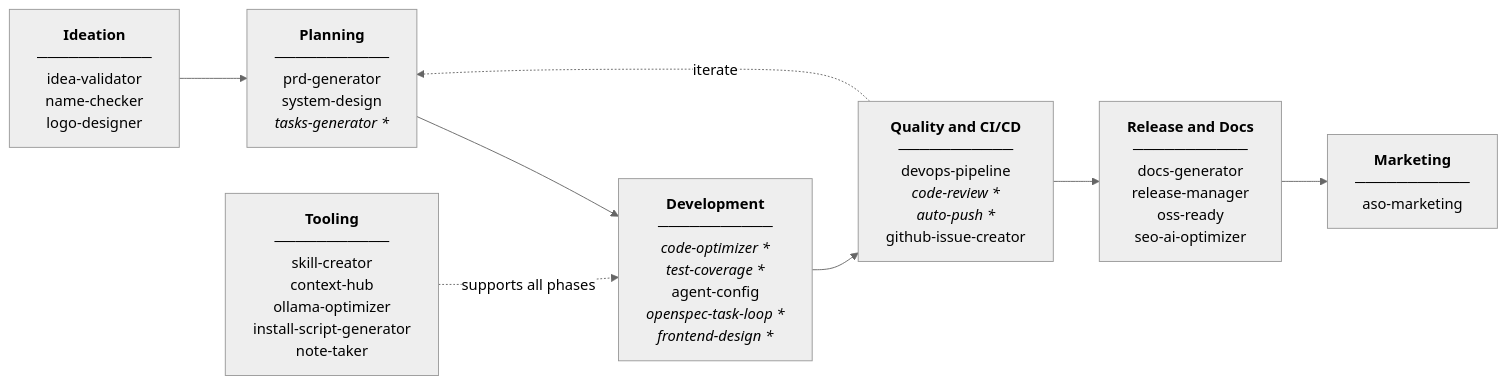
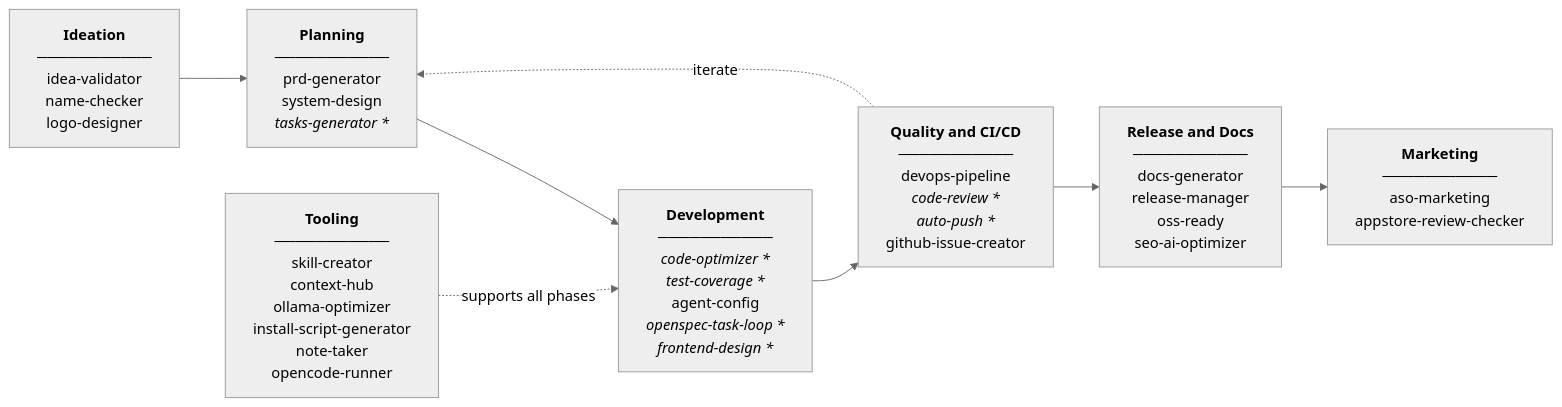
One commit to luongnv89/skills changed the diagram in README.md. Above: the diagram before and after it, drawn with Mermaid (neutral theme). The commit also changed other lines of this file and 1 other file, not shown here.

````diff
--- a/README.md
+++ b/README.md
@@ -53,18 +53,18 @@
 ```mermaid
 flowchart LR
     IDEATION["<b>Ideation</b><br/>───────────<br/>idea-validator<br/>name-checker<br/>logo-designer"]
     PLANNING["<b>Planning</b><br/>───────────<br/>prd-generator<br/>system-design<br/><i>tasks-generator *</i>"]
     DEVELOPMENT["<b>Development</b><br/>───────────<br/><i>code-optimizer *</i><br/><i>test-coverage *</i><br/>agent-config<br/><i>openspec-task-loop *</i><br/><i>frontend-design *</i>"]
     QUALITY["<b>Quality and CI/CD</b><br/>───────────<br/>devops-pipeline<br/><i>code-review *</i><br/><i>auto-push *</i><br/>github-issue-creator"]
     RELEASE["<b>Release and Docs</b><br/>───────────<br/>docs-generator<br/>release-manager<br/>oss-ready<br/>seo-ai-optimizer"]
-    MARKETING["<b>Marketing</b><br/>───────────<br/>aso-marketing"]
-    TOOLING["<b>Tooling</b><br/>───────────<br/>skill-creator<br/>context-hub<br/>ollama-optimizer<br/>install-script-generator<br/>note-taker"]
+    MARKETING["<b>Marketing</b><br/>───────────<br/>aso-marketing<br/>appstore-review-checker"]
+    TOOLING["<b>Tooling</b><br/>───────────<br/>skill-creator<br/>context-hub<br/>ollama-optimizer<br/>install-script-generator<br/>note-taker<br/>opencode-runner"]
 
     IDEATION --> PLANNING
     PLANNING --> DEVELOPMENT
     DEVELOPMENT --> QUALITY
     QUALITY --> RELEASE
     RELEASE --> MARKETING
     QUALITY -.->|iterate| PLANNING
     TOOLING -.->|supports all phases| DEVELOPMENT
 ```
````
